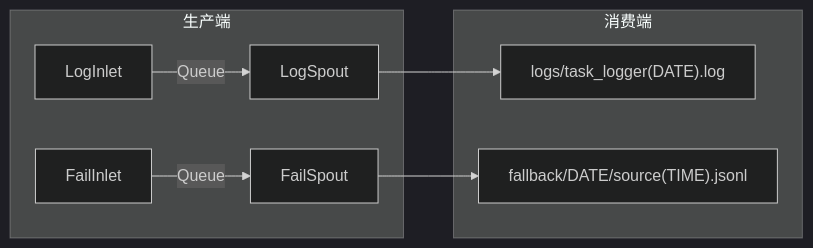
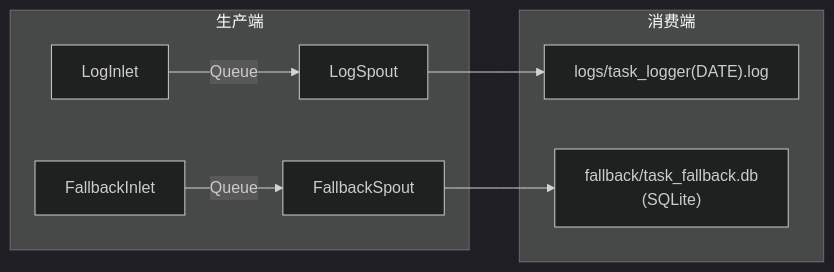
One commit to Mr-xiaotian/CelestialFlow changed the sixth of 9 diagrams in docs/zh-CN/presentation.md. Above: the diagram before and after it, drawn with Mermaid (dark theme). The commit also changed other lines of this file and 71 other files, not shown here.

````diff
--- a/docs/zh-CN/presentation.md
+++ b/docs/zh-CN/presentation.md
@@ -332,12 +332,12 @@
 ```mermaid
 graph LR
     subgraph 生产端
         A[LogInlet] -->|Queue| B[LogSpout]
-        C[FailInlet] -->|Queue| D[FailSpout]
+        C[FallbackInlet] -->|Queue| D[FallbackSpout]
     end
 
     subgraph 消费端
         B --> E["logs/task_logger(DATE).log"]
-        D --> F["fallback/DATE/source(TIME).jsonl"]
+        D --> F["fallback/task_fallback.db<br/>(SQLite)"]
     end
 ```
````
